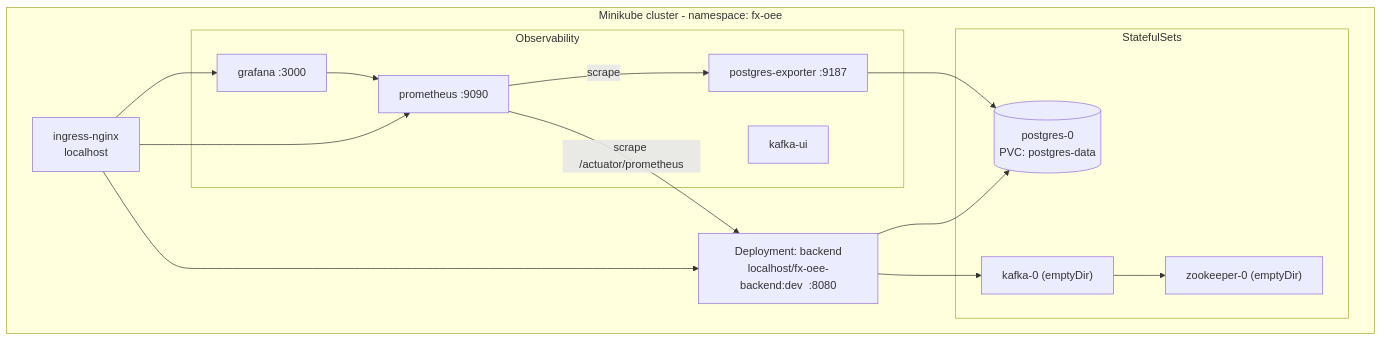
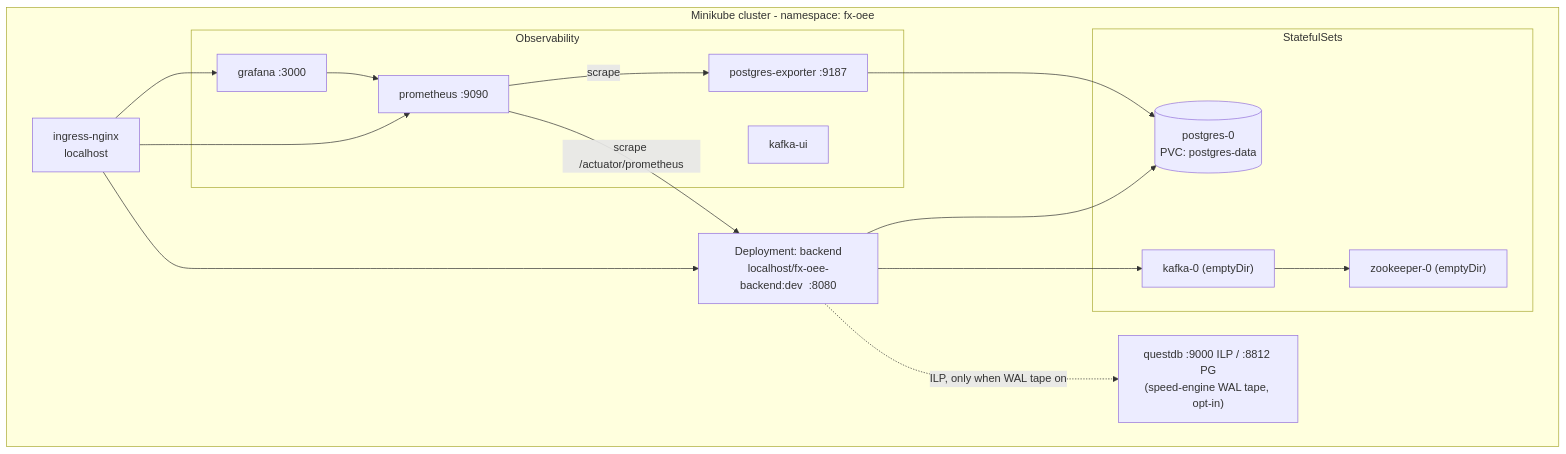
The first of 4 diagrams in 09-deployment.md (mc139/fx-oee-docs), drawn with Mermaid before and after one commit. The commit also changed other lines of this file and 25 other files, not shown here.

````diff
--- a/09-deployment.md
+++ b/09-deployment.md
@@ -52,24 +63,26 @@
 ```mermaid
 flowchart TB
     subgraph mk["Minikube cluster - namespace: fx-oee"]
         ing["ingress-nginx\nlocalhost"]
         be["Deployment: backend\nlocalhost/fx-oee-backend:dev  :8080"]
         subgraph stateful["StatefulSets"]
             pg[("postgres-0\nPVC: postgres-data")]
             kf["kafka-0 (emptyDir)"]
             zk["zookeeper-0 (emptyDir)"]
         end
+        qdb["questdb :9000 ILP / :8812 PG\n(speed-engine WAL tape, opt-in)"]
         subgraph obs["Observability"]
             prom["prometheus :9090"]
             graf["grafana :3000"]
             exp["postgres-exporter :9187"]
             kui["kafka-ui"]
         end
     end
     ing --> be & graf & prom
     be --> pg & kf
+    be -.->|ILP, only when WAL tape on| qdb
     kf --> zk
     prom -->|scrape /actuator/prometheus| be
     prom -->|scrape| exp --> pg
     graf --> prom
 ```
````
